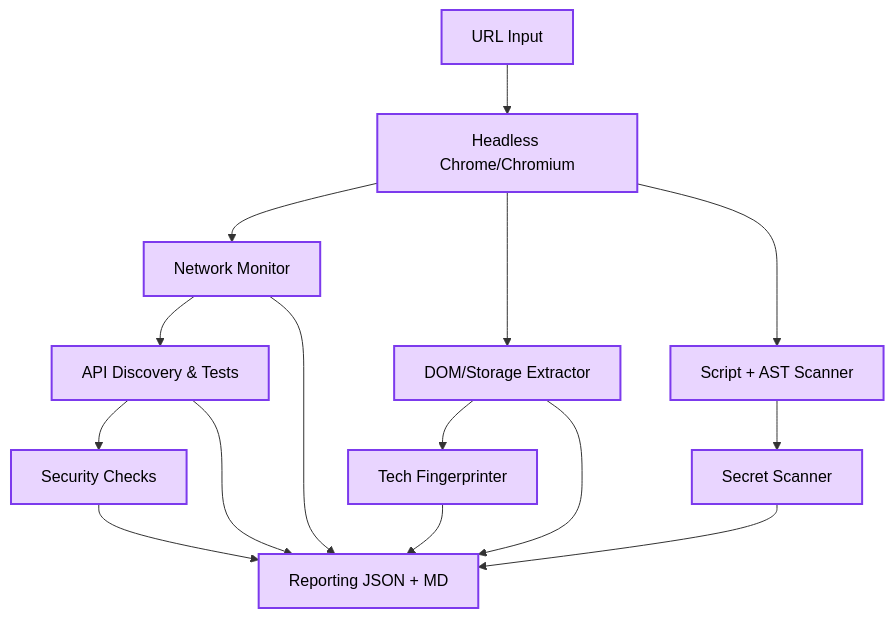
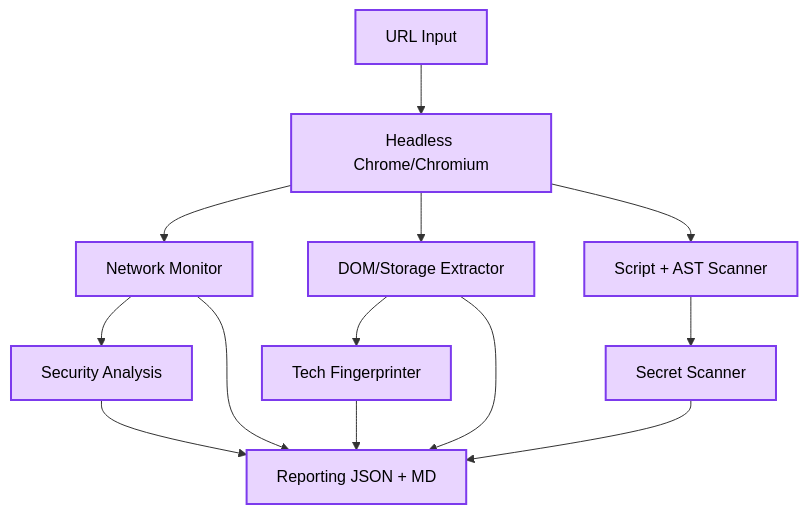
One commit to ul0gic/corrode changed the first of 3 diagrams in README.md. Above: the diagram before and after it, drawn with Mermaid. The commit also changed other lines of this file and 4 other files, not shown here.

Commit message:
feat: enhance security analysis and secret detection, update documentation for clarity

````diff
--- a/README.md
+++ b/README.md
@@ -31,20 +31,18 @@
 ```mermaid
 graph TD
     A[URL Input] --> B[Headless Chrome/Chromium]
     B --> C[Network Monitor]
     B --> D[DOM/Storage Extractor]
     B --> E[Script + AST Scanner]
     E --> G[Secret Scanner]
     D --> H[Tech Fingerprinter]
-    C --> F[API Discovery & Tests]
-    F --> I[Security Checks]
+    C --> I[Security Analysis]
     G --> Results[Reporting JSON + MD]
-    F --> Results
     C --> Results
     D --> Results
     H --> Results
     I --> Results
 
     classDef purple fill:#e9d5ff,stroke:#7c3aed,stroke-width:2px,color:#000
     class A,B,C,D,E,F,G,H,I,Results purple
 ```
````
